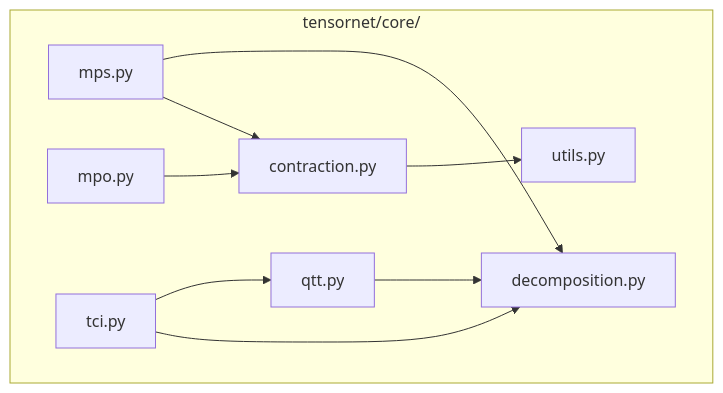
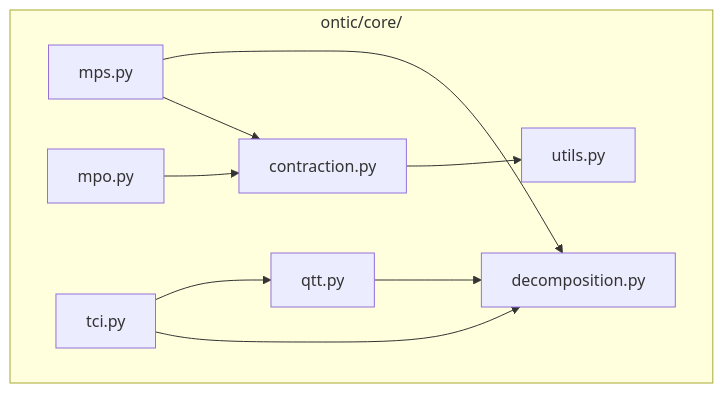
One commit to tigantic/physics-os changed the third of 8 diagrams in docs/architecture/ARCHITECTURE_GUIDE.md. Above: the diagram before and after it, drawn with Mermaid. The commit also changed other lines of this file and 2727 other files, not shown here.

First line of the commit message:
Phase 1: Python package rename — tensornet→ontic, hypertensor→physics_os

````diff
--- a/docs/architecture/ARCHITECTURE_GUIDE.md
+++ b/docs/architecture/ARCHITECTURE_GUIDE.md
@@ -110,20 +110,20 @@
 ```mermaid
 graph TD
-    subgraph "tensornet/core/"
+    subgraph "ontic/core/"
         mps_mod[mps.py]
         mpo[mpo.py]
         qtt[qtt.py]
         tci[tci.py]
         decomp[decomposition.py]
         contract[contraction.py]
         utils[utils.py]
     end
     
     mps_mod --> decomp
     mps_mod --> contract
     mpo --> contract
     qtt --> decomp
     tci --> qtt
     tci --> decomp
     contract --> utils
 ```
````
